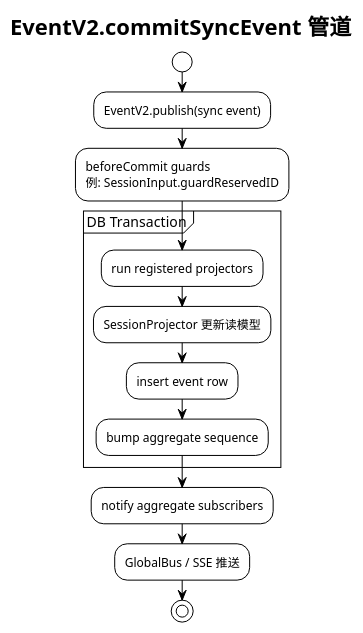
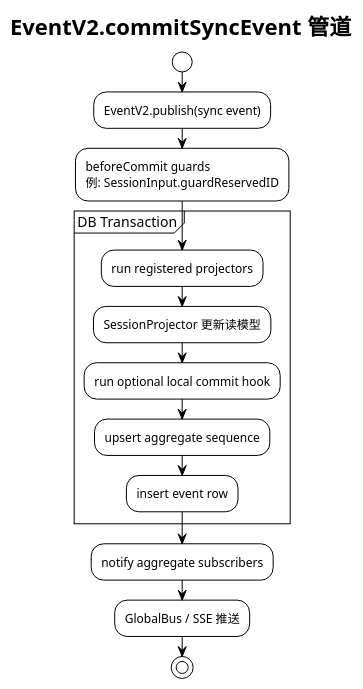
One commit to liu-kaining/opencode changed diagram 12 of 18 in liukaining_watch/OpenCode架构图解.md. Above: the diagram before and after it, drawn with PlantUML. The commit also changed other lines of this file and 3 other files, not shown here.

First line of the commit message:
docs(liukaining_watch): align architecture guide with current codebase

````diff
--- a/liukaining_watch/OpenCode架构图解.md
+++ b/liukaining_watch/OpenCode架构图解.md
@@ -812,24 +812,25 @@
 ```plantuml
 @startuml eventv2-commit
 !theme plain
 title EventV2.commitSyncEvent 管道
 
 start
 :EventV2.publish(sync event);
 
 :beforeCommit guards\n例: SessionInput.guardReservedID;
 
 partition "DB Transaction" {
   :run registered projectors;
   :SessionProjector 更新读模型;
+  :run optional local commit hook;
+  :upsert aggregate sequence;
   :insert event row;
-  :bump aggregate sequence;
 }
 
 :notify aggregate subscribers;
 :GlobalBus / SSE 推送;
 
 stop
 
 @enduml
 ```
````
